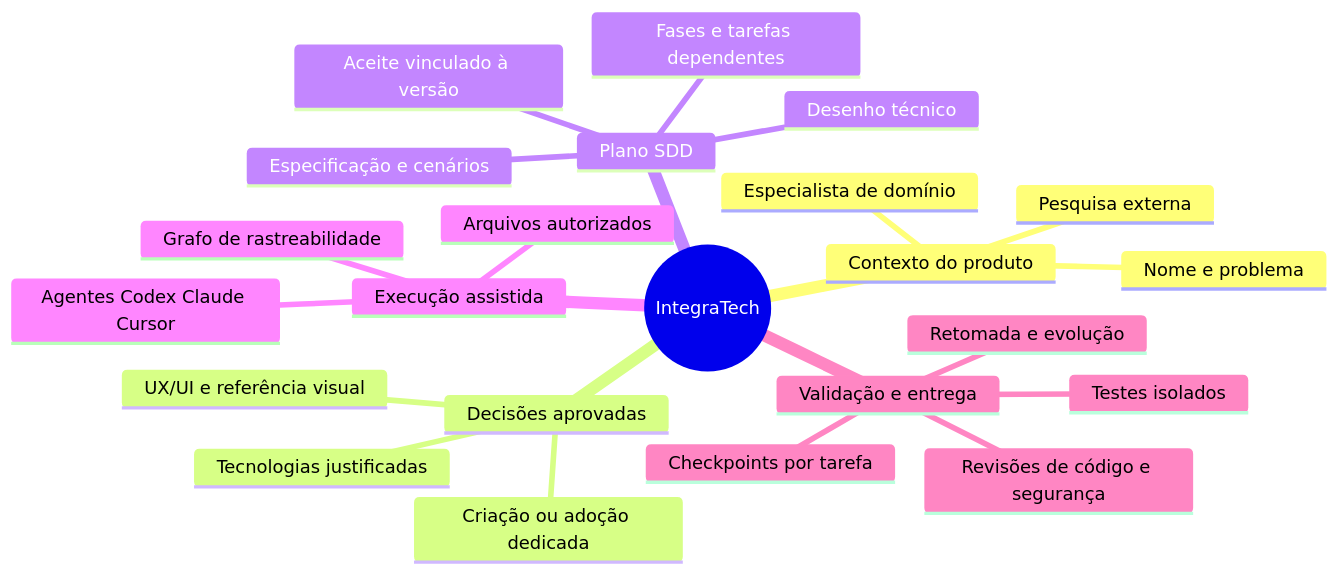
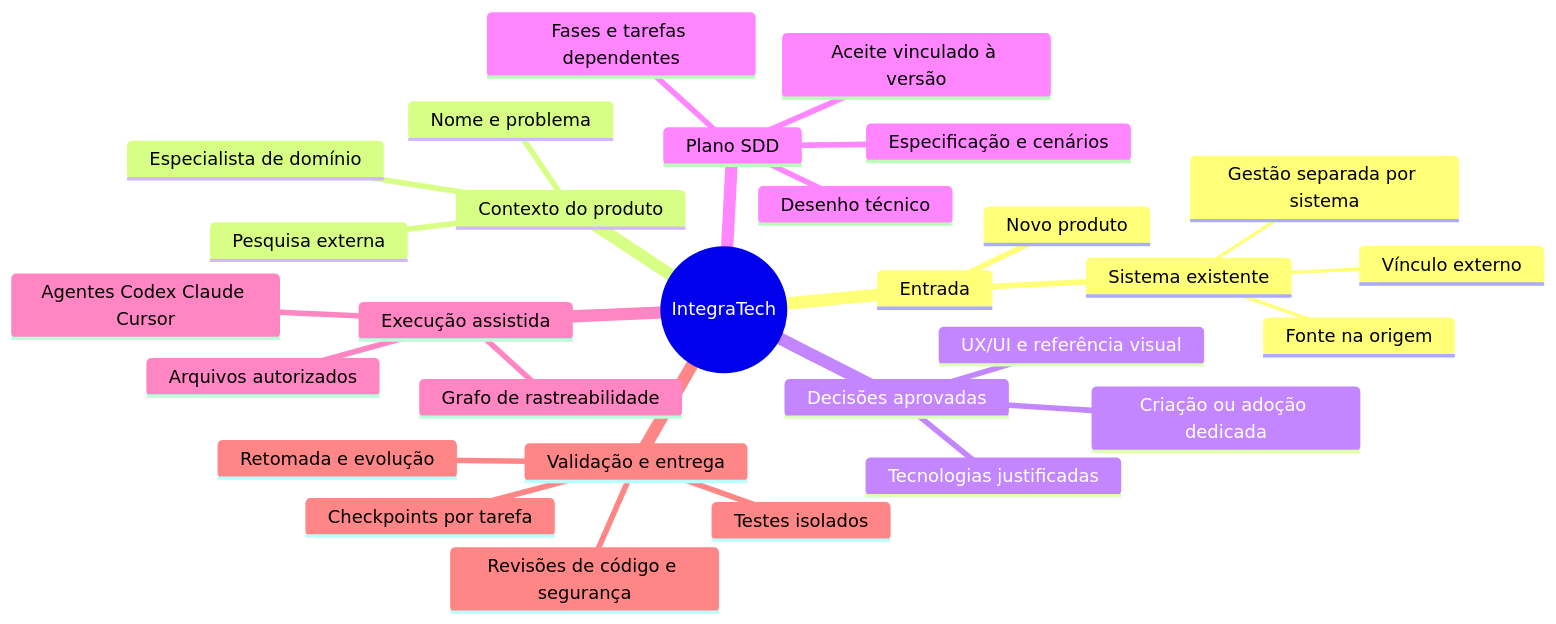
Before and after one commit to erickcremona/IntegraTech: the diagram in README.md, drawn with Mermaid. The commit also changed other lines of this file and 43 other files, not shown here.

````diff
--- a/README.md
+++ b/README.md
@@ -9,26 +9,32 @@
 ```mermaid
 mindmap
   root((IntegraTech))
+    Entrada
+      Novo produto
+      Sistema existente
+        Vínculo externo
+        Fonte na origem
+        Gestão separada por sistema
     Contexto do produto
       Nome e problema
       Pesquisa externa
       Especialista de domínio
     Decisões aprovadas
       Tecnologias justificadas
       UX/UI e referência visual
       Criação ou adoção dedicada
     Plano SDD
       Especificação e cenários
       Desenho técnico
       Fases e tarefas dependentes
       Aceite vinculado à versão
     Execução assistida
       Agentes Codex Claude Cursor
       Arquivos autorizados
       Grafo de rastreabilidade
     Validação e entrega
       Testes isolados
       Revisões de código e segurança
       Checkpoints por tarefa
       Retomada e evolução
 ```
````
